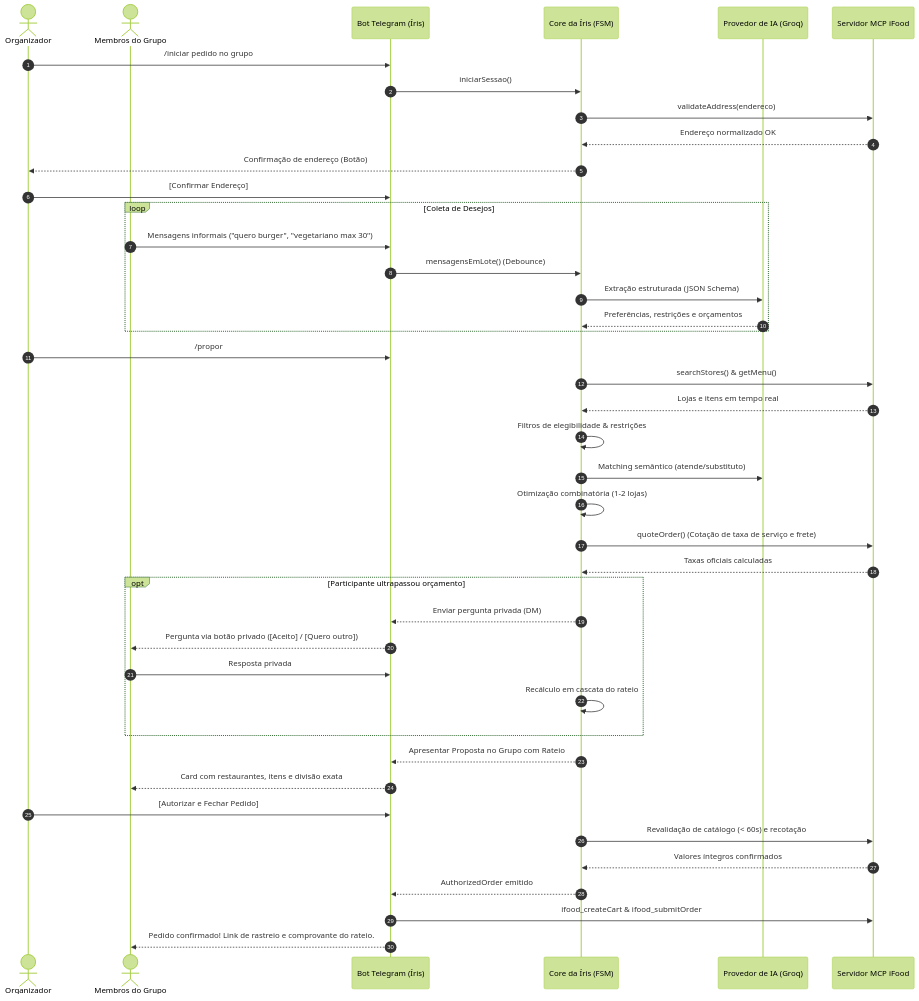
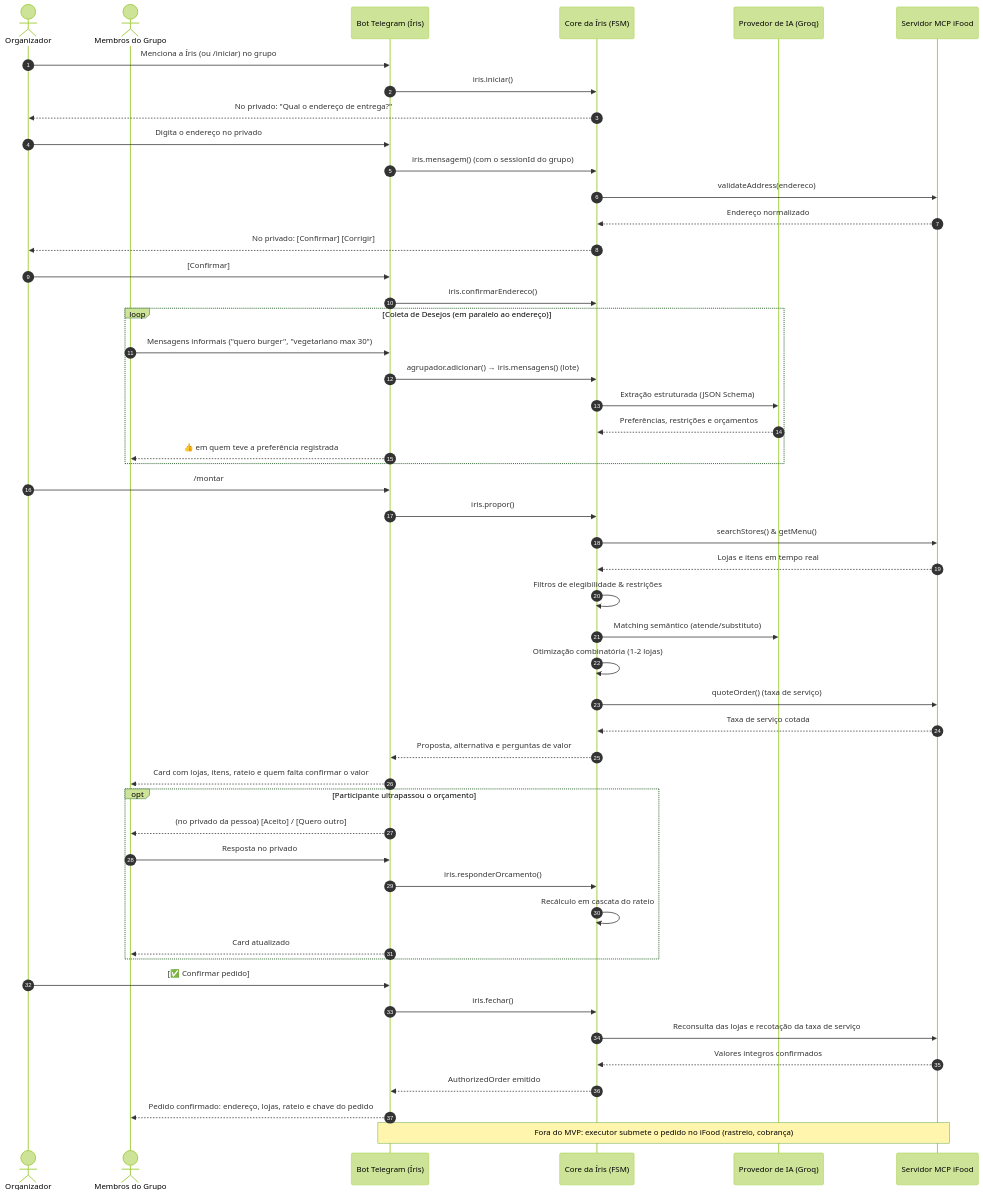
Before and after one commit to andreiolicar/foodjam: the third of 3 diagrams in entregaveis/02-desenho-de-solucao.md, drawn with Mermaid (forest theme). The commit also changed other lines of this file and 68 other files, not shown here.

````diff
--- a/entregaveis/02-desenho-de-solucao.md
+++ b/entregaveis/02-desenho-de-solucao.md
@@ -210,50 +211,57 @@
 ```mermaid
 sequenceDiagram
     autonumber
     actor Org as Organizador
     actor Grupo as Membros do Grupo
     participant Bot as Bot Telegram (Íris)
     participant Core as Core da Íris (FSM)
     participant LLM as Provedor de IA (Groq)
     participant MCP as Servidor MCP iFood
 
-    Org->>Bot: /iniciar pedido no grupo
-    Bot->>Core: iniciarSessao()
+    Org->>Bot: Menciona a Íris (ou /iniciar) no grupo
+    Bot->>Core: iris.iniciar()
+    Core-->>Org: No privado: "Qual o endereço de entrega?"
+    Org->>Bot: Digita o endereço no privado
+    Bot->>Core: iris.mensagem() (com o sessionId do grupo)
     Core->>MCP: validateAddress(endereco)
-    MCP-->>Core: Endereço normalizado OK
-    Core-->>Org: Confirmação de endereço (Botão)
-    Org->>Bot: [Confirmar Endereço]
+    MCP-->>Core: Endereço normalizado
+    Core-->>Org: No privado: [Confirmar] [Corrigir]
+    Org->>Bot: [Confirmar]
+    Bot->>Core: iris.confirmarEndereco()
 
-    loop Coleta de Desejos
+    loop Coleta de Desejos (em paralelo ao endereço)
         Grupo->>Bot: Mensagens informais ("quero burger", "vegetariano max 30")
-        Bot->>Core: mensagensEmLote() (Debounce)
+        Bot->>Core: agrupador.adicionar() → iris.mensagens() (lote)
         Core->>LLM: Extração estruturada (JSON Schema)
         LLM-->>Core: Preferências, restrições e orçamentos
+        Bot-->>Grupo: 👍 em quem teve a preferência registrada
     end
 
-    Org->>Bot: /propor
+    Org->>Bot: /montar
+    Bot->>Core: iris.propor()
     Core->>MCP: searchStores() & getMenu()
     MCP-->>Core: Lojas e itens em tempo real
     Core->>Core: Filtros de elegibilidade & restrições
     Core->>LLM: Matching semântico (atende/substituto)
     Core->>Core: Otimização combinatória (1-2 lojas)
-    Core->>MCP: quoteOrder() (Cotação de taxa de serviço e frete)
-    MCP-->>Core: Taxas oficiais calculadas
+    Core->>MCP: quoteOrder() (taxa de serviço)
+    MCP-->>Core: Taxa de serviço cotada
+    Core-->>Bot: Proposta, alternativa e perguntas de valor
+    Bot-->>Grupo: Card com lojas, itens, rateio e quem falta confirmar o valor
 
-    opt Participante ultrapassou orçamento
-        Core-->>Bot: Enviar pergunta privada (DM)
-        Bot-->>Grupo: Pergunta via botão privado ([Aceito] / [Quero outro])
-        Grupo->>Bot: Resposta privada
+    opt Participante ultrapassou o orçamento
+        Bot-->>Grupo: (no privado da pessoa) [Aceito] / [Quero outro]
+        Grupo->>Bot: Resposta no privado
+        Bot->>Core: iris.responderOrcamento()
         Core->>Core: Recálculo em cascata do rateio
+        Bot-->>Grupo: Card atualizado
     end
 
-    Core-->>Bot: Apresentar Proposta no Grupo com Rateio
-    Bot-->>Grupo: Card com restaurantes, itens e divisão exata
-
-    Org->>Bot: [Autorizar e Fechar Pedido]
-    Core->>MCP: Revalidação de catálogo (< 60s) e recotação
+    Org->>Bot: [✅ Confirmar pedido]
+    Bot->>Core: iris.fechar()
+    Core->>MCP: Reconsulta das lojas e recotação da taxa de serviço
     MCP-->>Core: Valores íntegros confirmados
     Core-->>Bot: AuthorizedOrder emitido
-    Bot->>MCP: ifood_createCart & ifood_submitOrder
-    Bot-->>Grupo: Pedido confirmado! Link de rastreio e comprovante do rateio.
+    Bot-->>Grupo: Pedido confirmado: endereço, lojas, rateio e chave do pedido
+    Note over Bot,MCP: Fora do MVP: executor submete o pedido no iFood (rastreio, cobrança)
 ```
````
